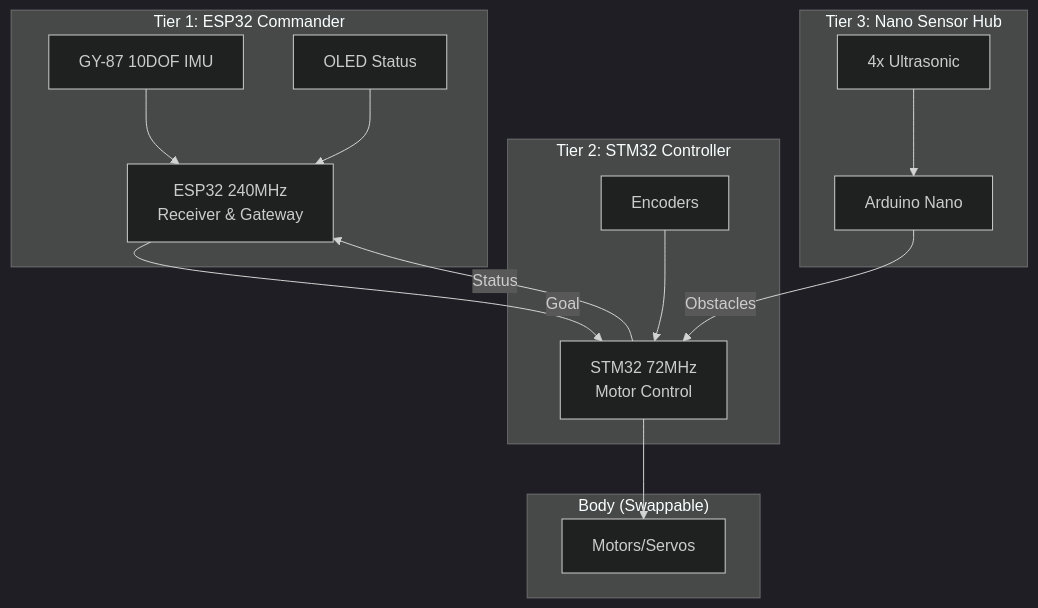
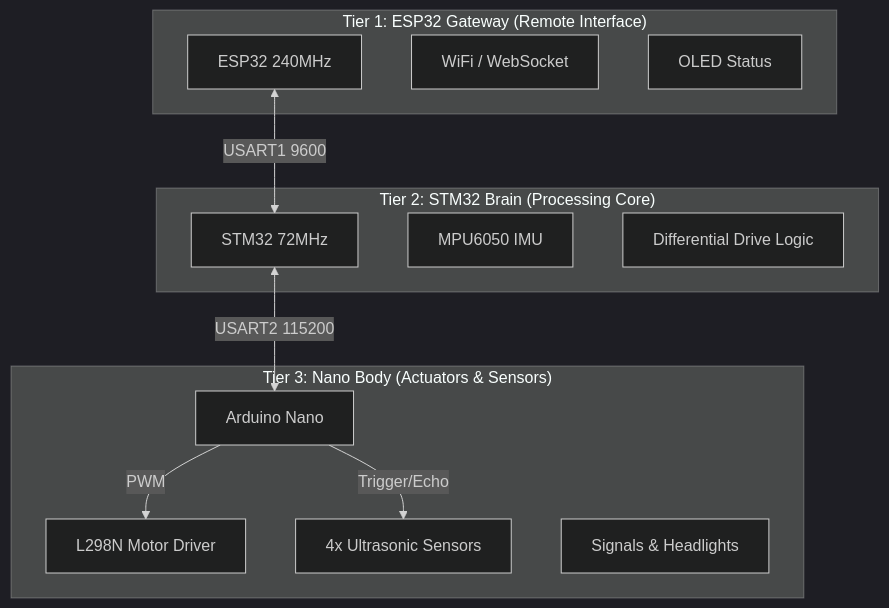
The diagram in docs/architecture_v4.md (GhostMicro/micro-ai-robot-rover-docs), drawn with Mermaid (dark theme) before and after one commit. The commit also changed other lines of this file and 23 other files, not shown here.

````diff
--- a/docs/architecture_v4.md
+++ b/docs/architecture_v4.md
@@ -5,31 +5,26 @@
 ```mermaid
 graph TB
-    subgraph "Tier 1: ESP32 Commander"
-        ESP[ESP32 240MHz<br/>Receiver & Gateway]
-        IMU[GY-87 10DOF IMU]
+    subgraph "Tier 1: ESP32 Gateway (Remote Interface)"
+        ESP[ESP32 240MHz]
+        WIFI[WiFi / WebSocket]
         OLED[OLED Status]
     end
     
-    subgraph "Tier 2: STM32 Controller"
-        STM[STM32 72MHz<br/>Motor Control]
-        ENC[Encoders]
+    subgraph "Tier 2: STM32 Brain (Processing Core)"
+        STM[STM32 72MHz]
+        IMU[MPU6050 IMU]
+        LOGIC[Differential Drive Logic]
     end
     
-    subgraph "Tier 3: Nano Sensor Hub"
+    subgraph "Tier 3: Nano Body (Actuators & Sensors)"
         NANO[Arduino Nano]
-        US[4x Ultrasonic]
+        DRV[L298N Motor Driver]
+        US[4x Ultrasonic Sensors]
+        SIG[Signals & Headlights]
     end
     
-    subgraph "Body (Swappable)"
-        BODY[Motors/Servos]
-    end
-    
-    IMU --> ESP
-    OLED --> ESP
-    ESP -->|Goal| STM
-    STM -->|Status| ESP
-    ENC --> STM
-    US --> NANO
-    NANO -->|Obstacles| STM
-    STM --> BODY
+    ESP <-->|USART1 9600| STM
+    STM <-->|USART2 115200| NANO
+    NANO -->|PWM| DRV
+    NANO -->|Trigger/Echo| US
 ```
````
